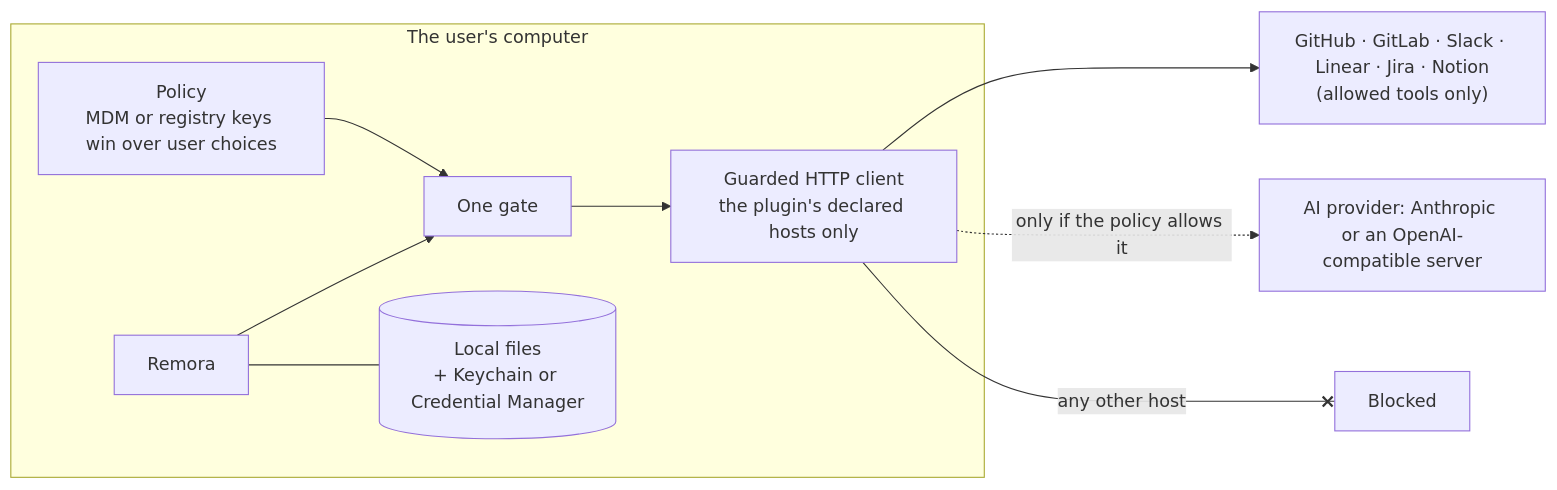
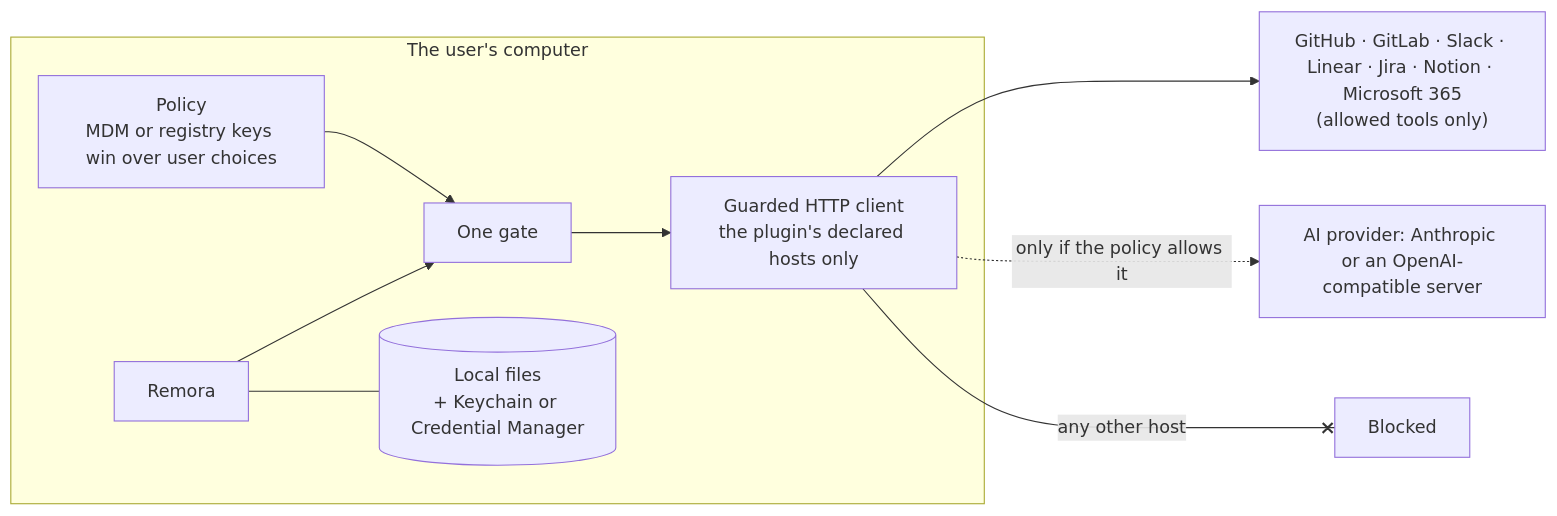
Before and after one commit to iGitScor/triage: the diagram in docs/admin/index.md, drawn with Mermaid. The commit also changed other lines of this file and 39 other files, not shown here.

````diff
--- a/docs/admin/index.md
+++ b/docs/admin/index.md
@@ -27,13 +27,13 @@
 ```mermaid
 flowchart LR
   subgraph Computer["The user's computer"]
     UI["Remora"] --> Gate["One gate"]
     Policy["Policy<br/>MDM or registry keys win over user choices"] --> Gate
     Gate --> Client["Guarded HTTP client<br/>the plugin's declared hosts only"]
     Store[("Local files<br/>+ Keychain or Credential Manager")]
     UI --- Store
   end
-  Client --> Tools["GitHub · GitLab · Slack · Linear · Jira · Notion<br/>(allowed tools only)"]
+  Client --> Tools["GitHub · GitLab · Slack · Linear · Jira · Notion · Microsoft 365<br/>(allowed tools only)"]
   Client -. "only if the policy allows it" .-> Claude["AI provider: Anthropic or an OpenAI-compatible server"]
   Client -- "any other host" --x Blocked["Blocked"]
 ```
````
